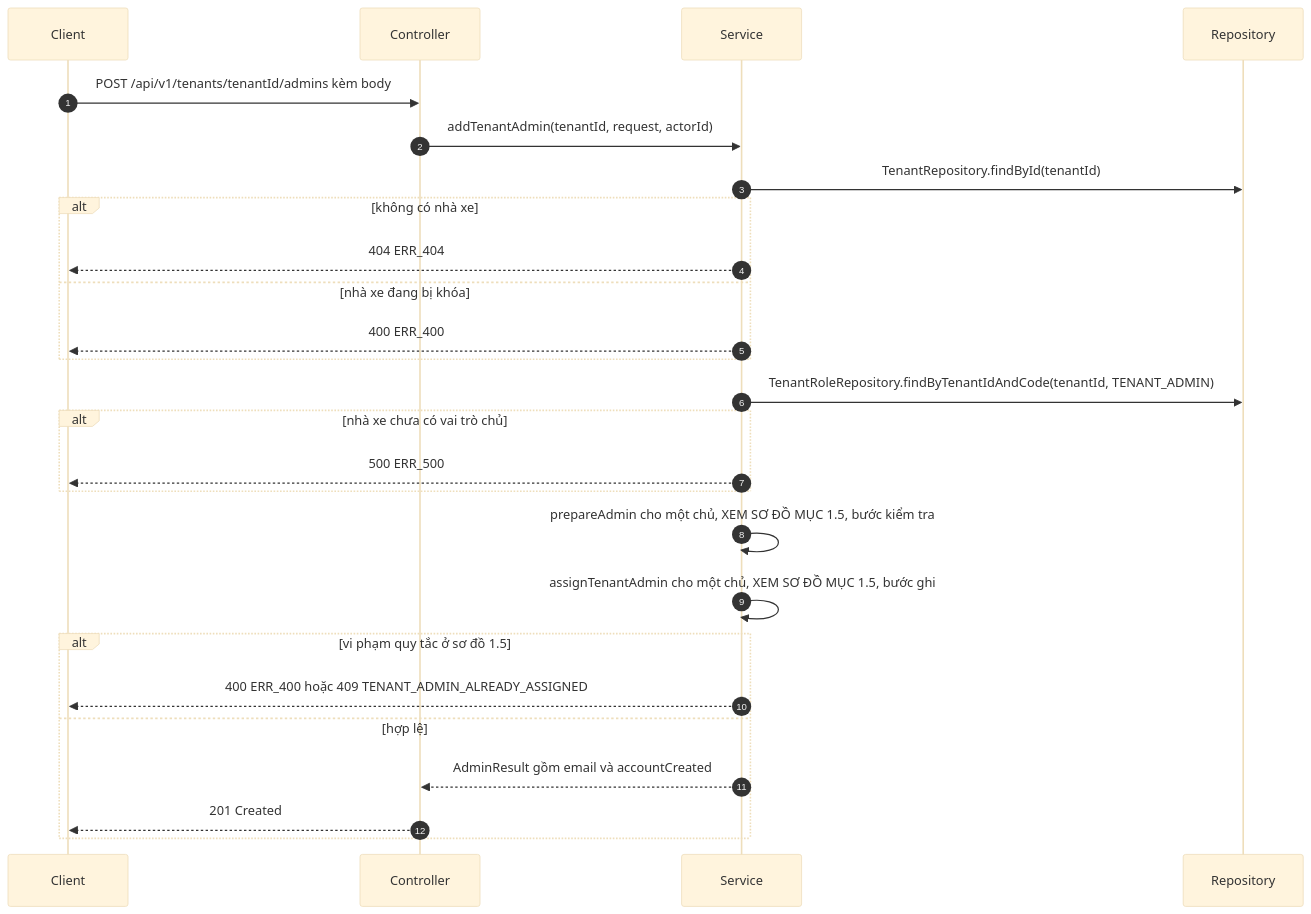
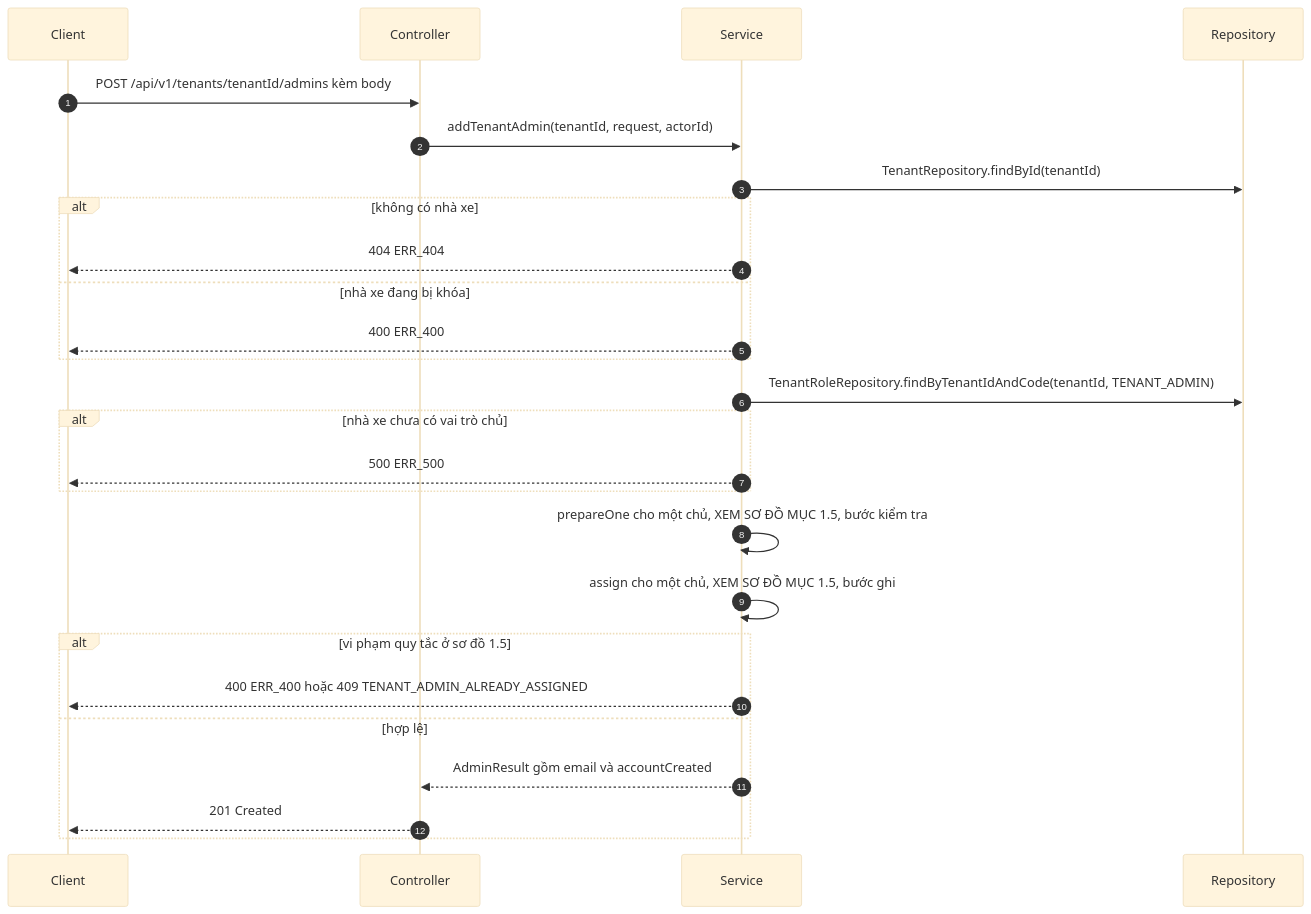
Before and after one commit to foodboi88/car-rental-saas: the tenth of 11 diagrams in docs/plans/tenant/2026-10-19-tenant-api-spec.md, drawn with Mermaid (base theme). The commit also changed other lines of this file and 4 other files, not shown here.

First line of the commit message:
feature/huynq7-frontend: cập nhật tài liệu cho module nhà xe và API tra cứu email

````diff
--- a/docs/plans/tenant/2026-10-19-tenant-api-spec.md
+++ b/docs/plans/tenant/2026-10-19-tenant-api-spec.md
@@ -595,28 +597,28 @@
 ```mermaid
 sequenceDiagram
   autonumber
   participant C as Client
   participant K as Controller
   participant S as Service
   participant R as Repository
   C->>K: POST /api/v1/tenants/tenantId/admins kèm body
   K->>S: addTenantAdmin(tenantId, request, actorId)
   S->>R: TenantRepository.findById(tenantId)
   alt không có nhà xe
     S-->>C: 404 ERR_404
   else nhà xe đang bị khóa
     S-->>C: 400 ERR_400
   end
   S->>R: TenantRoleRepository.findByTenantIdAndCode(tenantId, TENANT_ADMIN)
   alt nhà xe chưa có vai trò chủ
     S-->>C: 500 ERR_500
   end
-  S->>S: prepareAdmin cho một chủ, XEM SƠ ĐỒ MỤC 1.5, bước kiểm tra
-  S->>S: assignTenantAdmin cho một chủ, XEM SƠ ĐỒ MỤC 1.5, bước ghi
+  S->>S: prepareOne cho một chủ, XEM SƠ ĐỒ MỤC 1.5, bước kiểm tra
+  S->>S: assign cho một chủ, XEM SƠ ĐỒ MỤC 1.5, bước ghi
   alt vi phạm quy tắc ở sơ đồ 1.5
     S-->>C: 400 ERR_400 hoặc 409 TENANT_ADMIN_ALREADY_ASSIGNED
   else hợp lệ
     S-->>K: AdminResult gồm email và accountCreated
     K-->>C: 201 Created
   end
 ```
````
